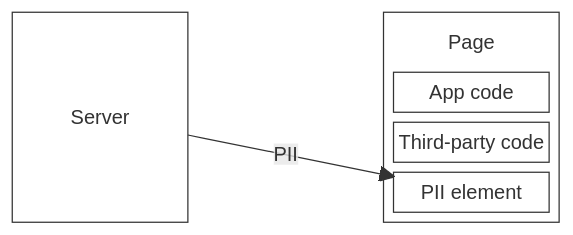
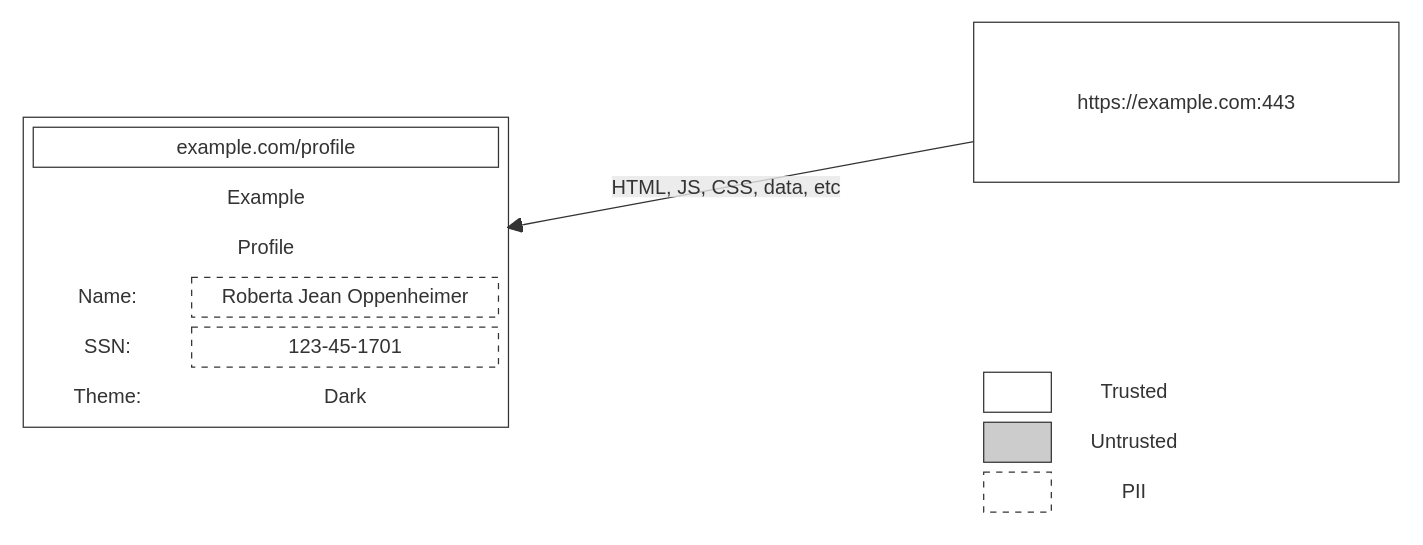
Before and after one commit to lawnsea/frontend-hardening: the first of 4 diagrams in packages/trusted-scopes/docs/design.md, drawn with Mermaid.

Commit message:
Draft a browser-window diagram for the status quo
Redraw the first Motivation diagram as a browser window showing a
profile page with PII, the server that serves it, and a legend.

Claude-Session: https://claude.ai/code/session_01H1Een2MXaS3MwzkMXvXAhk

````diff
--- a/packages/trusted-scopes/docs/design.md
+++ b/packages/trusted-scopes/docs/design.md
@@ -15,18 +15,37 @@
 ```mermaid
 block-beta
   columns 3
-  server["Server"]
+  block:browser
+    columns 1
+    block:window
+      columns 3
+      addr["example.com/profile"]:3
+      site["Example"]:3
+      heading["Profile"]:3
+      nameKey["Name:"] nameVal["Roberta Jean Oppenheimer"]:2
+      ssnKey["SSN:"] ssnVal["123-45-1701"]:2
+      themeKey["Theme:"] themeVal["Dark"]:2
+    end
+  end
   space
-  block:page
+  block:right
     columns 1
-    pagelabel["Page"]
-    app["App code"]
-    deps["Third-party code"]
-    pii["PII element"]
+    server["https://example.com:443"]
+    space
+    block:legend
+      columns 3
+      trustedKey[" "] trustedLabel["Trusted"]:2
+      untrustedKey[" "] untrustedLabel["Untrusted"]:2
+      piiKey[" "] piiLabel["PII"]:2
+    end
   end
-  server -- "PII" --> pii
+  server -- "HTML, JS, CSS, data, etc" --> window
   classDef trusted fill:#fff,stroke:#333,color:#000
-  classDef label stroke-width:0,fill:none
-  class server,page,app,deps,pii trusted
-  class pagelabel label
+  classDef untrusted fill:#ccc,stroke:#333,color:#000
+  classDef pii fill:#fff,stroke:#333,color:#000,stroke-dasharray:5 5
+  classDef text fill:none,stroke-width:0,color:#000
+  class window,addr,server,trustedKey trusted
+  class untrustedKey untrusted
+  class nameVal,ssnVal,piiKey pii
+  class browser,site,heading,nameKey,ssnKey,themeKey,themeVal,trustedLabel,untrustedLabel,piiLabel,legend,right text
 ```
````
